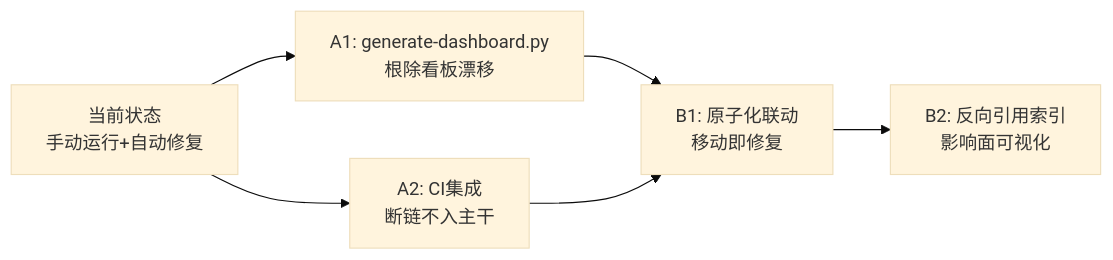
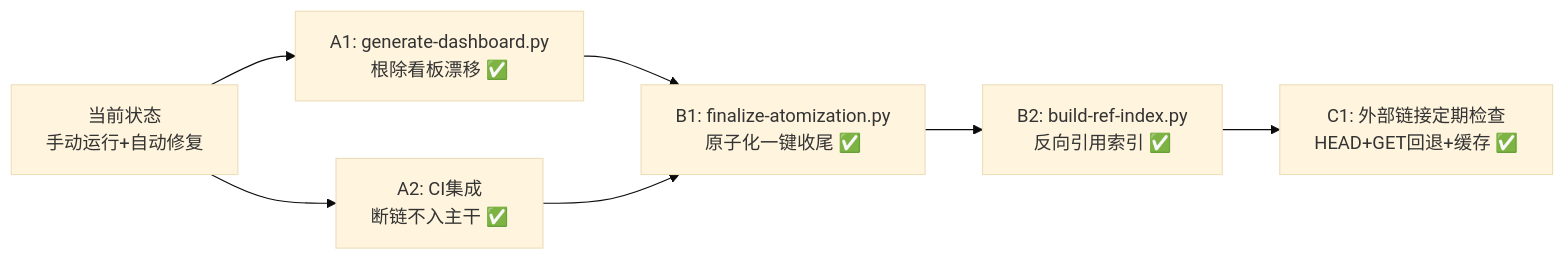
Before and after one commit to xinetzone/SpecWeave: the diagram in docs/retrospective/reports/project-governance/documentation-governance/retrospective-link-fix-depth-adjustment-20260626/export-suggestions.md, drawn with Mermaid (base theme). The commit also changed other lines of this file and 2 other files, not shown here.

````diff
--- a/docs/retrospective/reports/project-governance/documentation-governance/retrospective-link-fix-depth-adjustment-20260626/export-suggestions.md
+++ b/docs/retrospective/reports/project-governance/documentation-governance/retrospective-link-fix-depth-adjustment-20260626/export-suggestions.md
@@ -80,8 +80,9 @@
 ```mermaid
 flowchart LR
-    NOW["当前状态<br/>手动运行+自动修复"] --> V1["A1: generate-dashboard.py<br/>根除看板漂移"]
-    NOW --> V2["A2: CI集成<br/>断链不入主干"]
-    V1 --> V3["B1: 原子化联动<br/>移动即修复"]
+    NOW["当前状态<br/>手动运行+自动修复"] --> V1["A1: generate-dashboard.py<br/>根除看板漂移 ✅"]
+    NOW --> V2["A2: CI集成<br/>断链不入主干 ✅"]
+    V1 --> V3["B1: finalize-atomization.py<br/>原子化一键收尾 ✅"]
     V2 --> V3
-    V3 --> V4["B2: 反向引用索引<br/>影响面可视化"]
+    V3 --> V4["B2: build-ref-index.py<br/>反向引用索引 ✅"]
+    V4 --> V5["C1: 外部链接定期检查<br/>HEAD+GET回退+缓存 ✅"]
 ```
````
